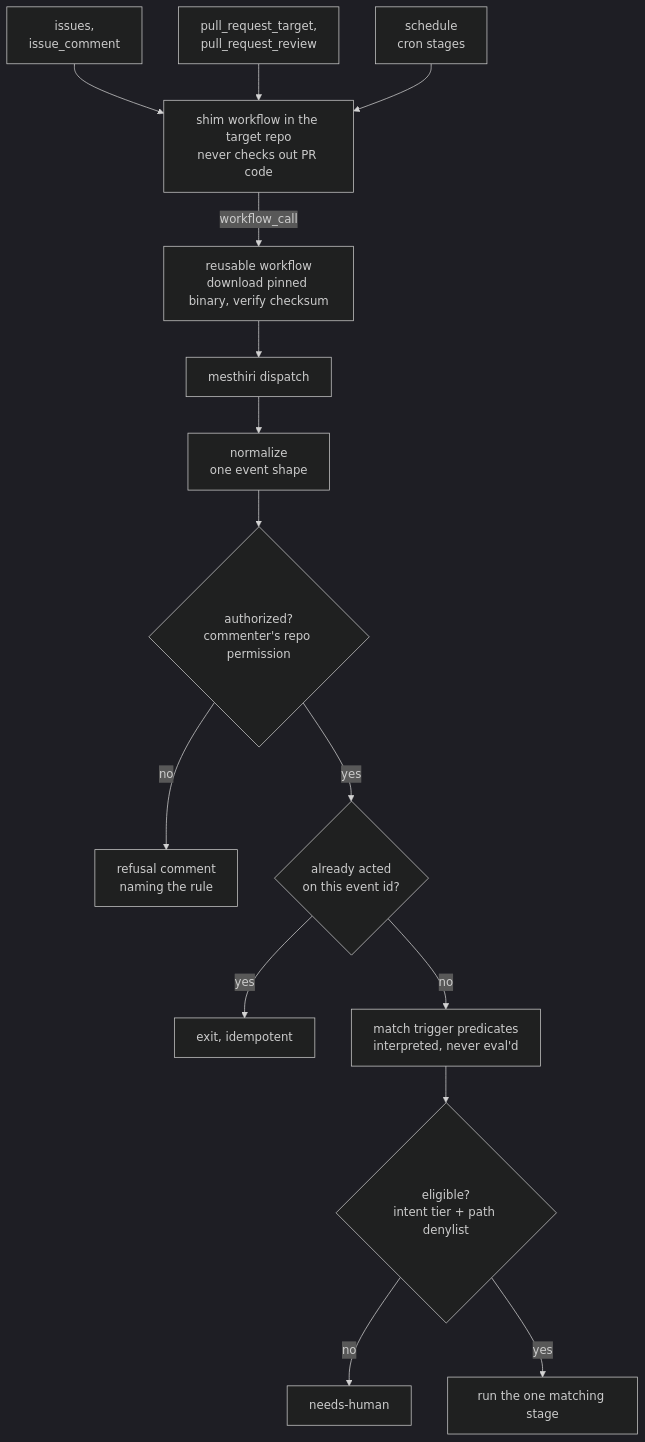
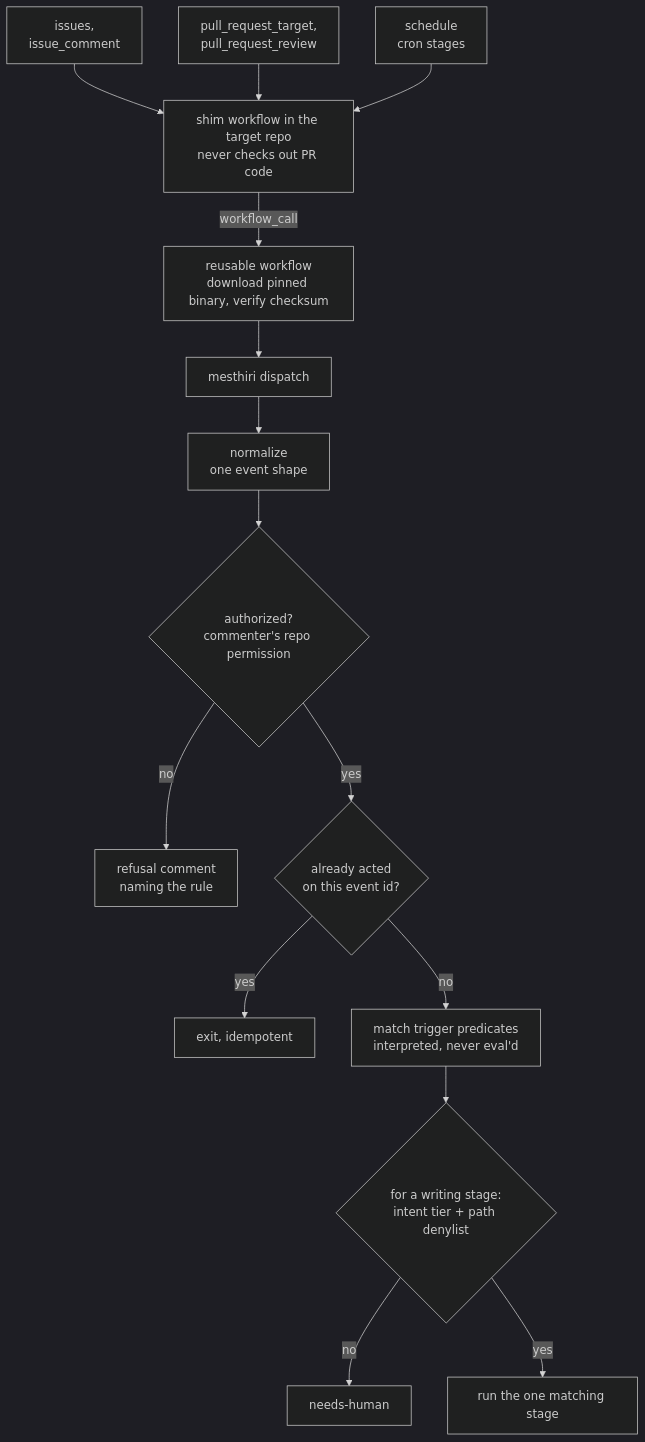
One commit to mesthiri/mesthiri changed the second of 7 diagrams in docs/architecture.md. Above: the diagram before and after it, drawn with Mermaid (dark theme). The commit also changed other lines of this file and 1 other file, not shown here.

First line of the commit message:
Fix seven staleness defects in plan.md and architecture.md

````diff
--- a/docs/architecture.md
+++ b/docs/architecture.md
@@ -71,19 +71,19 @@
 ```mermaid
 flowchart TD
   ev1["issues,<br/>issue_comment"] --> shim
   ev2["pull_request_target,<br/>pull_request_review"] --> shim
   ev3["schedule<br/>cron stages"] --> shim
 
   shim["shim workflow in the target repo<br/>never checks out PR code"] -->|"workflow_call"| reuse
   reuse["reusable workflow<br/>download pinned binary, verify checksum"] --> disp
 
   disp["mesthiri dispatch"] --> norm["normalize<br/>one event shape"]
   norm --> authz{"authorized?<br/>commenter's repo permission"}
   authz -->|"no"| refuse["refusal comment<br/>naming the rule"]
   authz -->|"yes"| dedupe{"already acted<br/>on this event id?"}
   dedupe -->|"yes"| drop["exit, idempotent"]
   dedupe -->|"no"| match["match trigger predicates<br/>interpreted, never eval'd"]
-  match --> elig{"eligible?<br/>intent tier + path denylist"}
+  match --> elig{"for a writing stage:<br/>intent tier + path denylist"}
   elig -->|"no"| esc["needs-human"]
   elig -->|"yes"| stage["run the one matching stage"]
 ```
````
